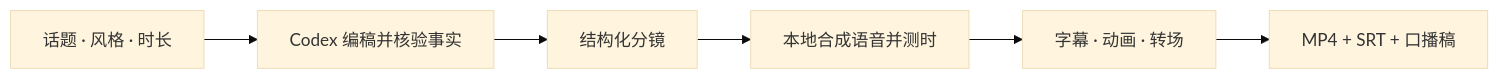
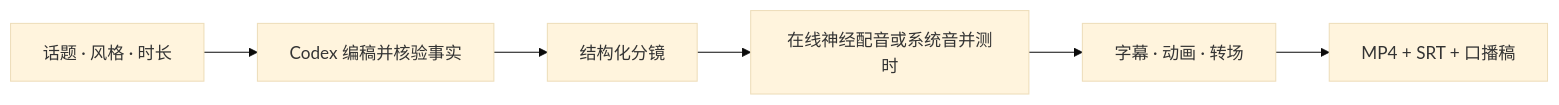
One commit to Olandooooes/TopicMotion changed the diagram in README.md. Above: the diagram before and after it, drawn with Mermaid (base theme). The commit also changed other lines of this file and 36 other files, not shown here.

````diff
--- a/README.md
+++ b/README.md
@@ -15,8 +15,8 @@
 ```mermaid
 flowchart LR
   A[话题 · 风格 · 时长] --> B[Codex 编稿并核验事实]
   B --> C[结构化分镜]
-  C --> D[本地合成语音并测时]
+  C --> D[在线神经配音或系统音并测时]
   D --> E[字幕 · 动画 · 转场]
   E --> F[MP4 + SRT + 口播稿]
 ```
````
